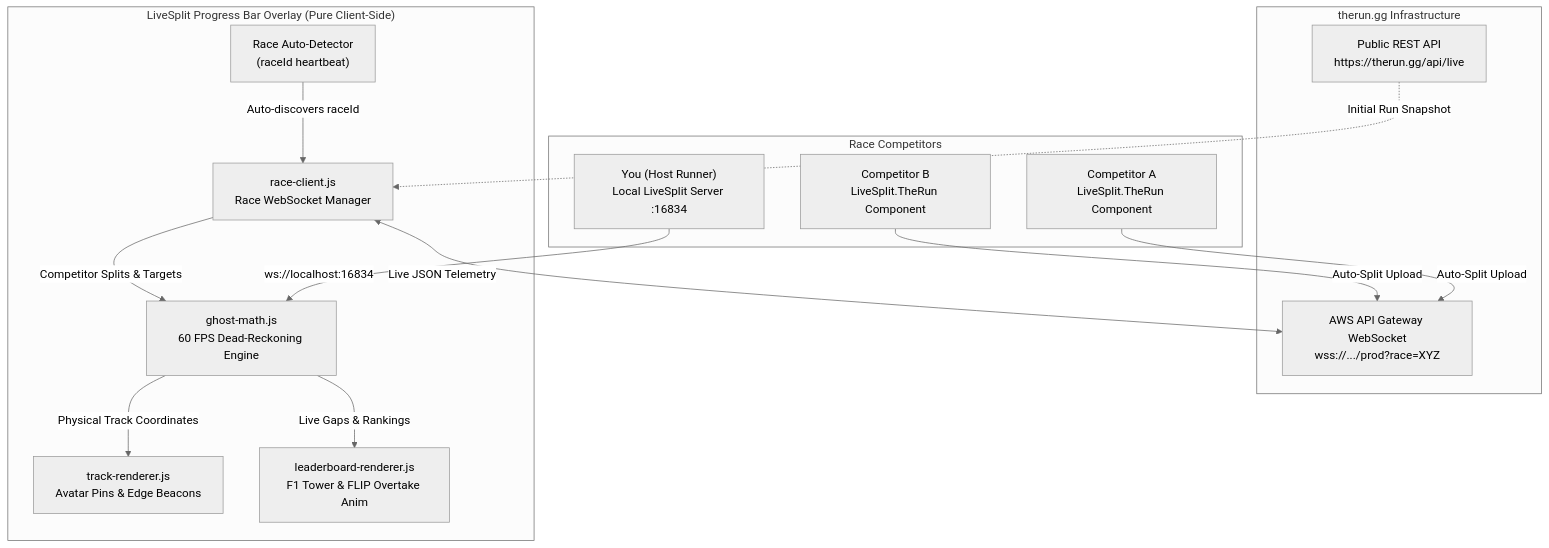
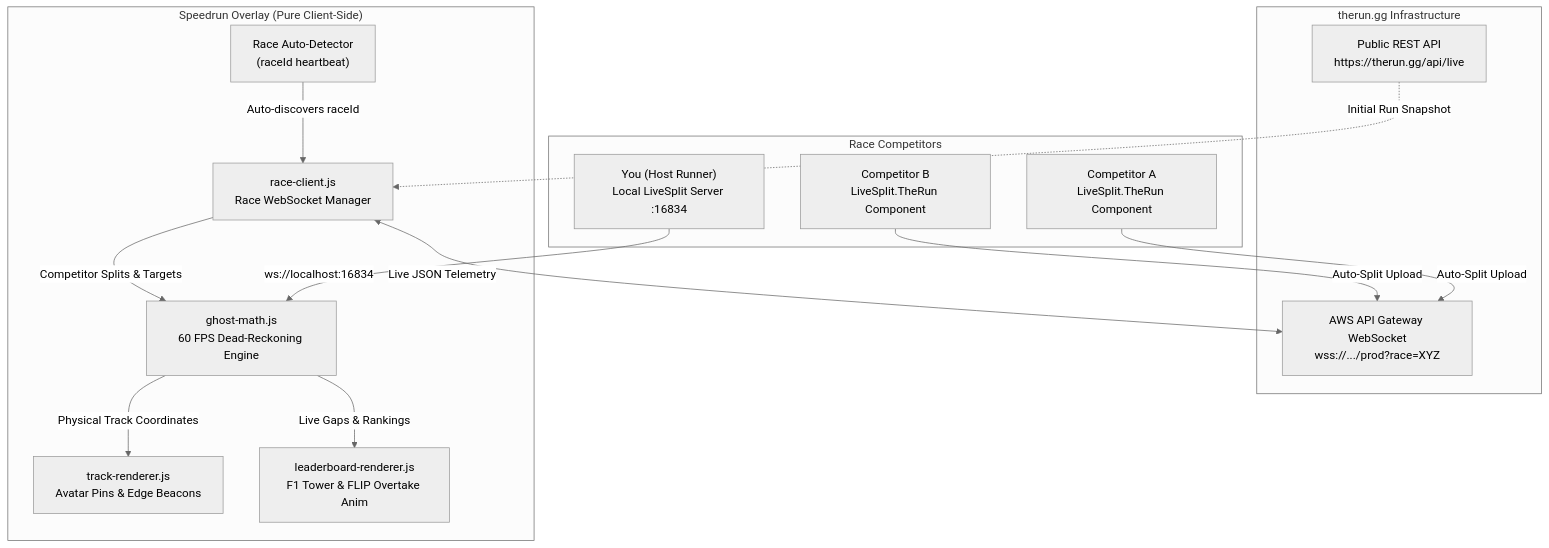
The first of 2 diagrams in docs/proposals/live-race-ghosts-and-leaderboard.md (lukeroddis/Livesplit-Progress-Bar), drawn with Mermaid (neutral theme) before and after one commit. The commit also changed other lines of this file and 31 other files, not shown here.

First line of the commit message:
Rename project to Speedrun Overlay

````diff
--- a/docs/proposals/live-race-ghosts-and-leaderboard.md
+++ b/docs/proposals/live-race-ghosts-and-leaderboard.md
@@ -34,31 +34,31 @@
 ```mermaid
 flowchart TD
     subgraph Racers ["Race Competitors"]
         You["You (Host Runner)\nLocal LiveSplit Server :16834"]
         R2["Competitor A\nLiveSplit.TheRun Component"]
         R3["Competitor B\nLiveSplit.TheRun Component"]
     end
 
     subgraph Cloud ["therun.gg Infrastructure"]
         TR_WS["AWS API Gateway WebSocket\nwss://.../prod?race=XYZ"]
         TR_REST["Public REST API\nhttps://therun.gg/api/live"]
     end
 
-    subgraph Overlay ["LiveSplit Progress Bar Overlay (Pure Client-Side)"]
+    subgraph Overlay ["Speedrun Overlay (Pure Client-Side)"]
         Detect["Race Auto-Detector\n(raceId heartbeat)"]
         RaceClient["race-client.js\nRace WebSocket Manager"]
         Engine["ghost-math.js\n60 FPS Dead-Reckoning Engine"]
         TrackRenderer["track-renderer.js\nAvatar Pins & Edge Beacons"]
         Leaderboard["leaderboard-renderer.js\nF1 Tower & FLIP Overtake Anim"]
     end
 
     You -->|"ws://localhost:16834"| Engine
     R2 -->|"Auto-Split Upload"| TR_WS
     R3 -->|"Auto-Split Upload"| TR_WS
     Detect -->|"Auto-discovers raceId"| RaceClient
     RaceClient <-->|"Live JSON Telemetry"| TR_WS
     TR_REST -.->|"Initial Run Snapshot"| RaceClient
     RaceClient -->|"Competitor Splits & Targets"| Engine
     Engine -->|"Physical Track Coordinates"| TrackRenderer
     Engine -->|"Live Gaps & Rankings"| Leaderboard
 ```
````
